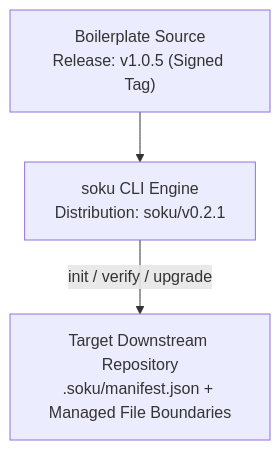
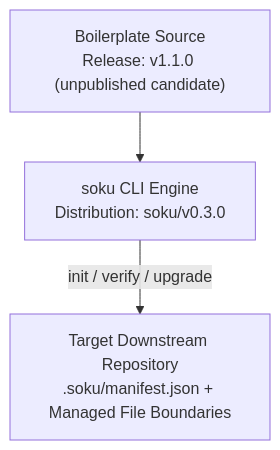
One commit to Soku-JINSEOK/Soku-Convention-Boilerplate changed the diagram in README.ja.md. Above: the diagram before and after it, drawn with Mermaid. The commit also changed other lines of this file and 24 other files, not shown here.

Commit message:
🐛 fix(release): prepare Soku 0.3.0 and boilerplate 1.1.0 (#252)

````diff
--- a/README.ja.md
+++ b/README.ja.md
@@ -76,9 +77,9 @@
 ```mermaid
 flowchart TB
-    BP["Boilerplate Source<br/>Release: v1.0.5 (Signed Tag)"]
-    CLI["soku CLI Engine<br/>Distribution: soku/v0.2.1"]
+    BP["Boilerplate Source<br/>Release: v1.1.0 (unpublished candidate)"]
+    CLI["soku CLI Engine<br/>Distribution: soku/v0.3.0"]
     Repo["Target Downstream Repository<br/>.soku/manifest.json + Managed File Boundaries"]
 
     BP --> CLI
     CLI -->|init / verify / upgrade| Repo
 ```
````
